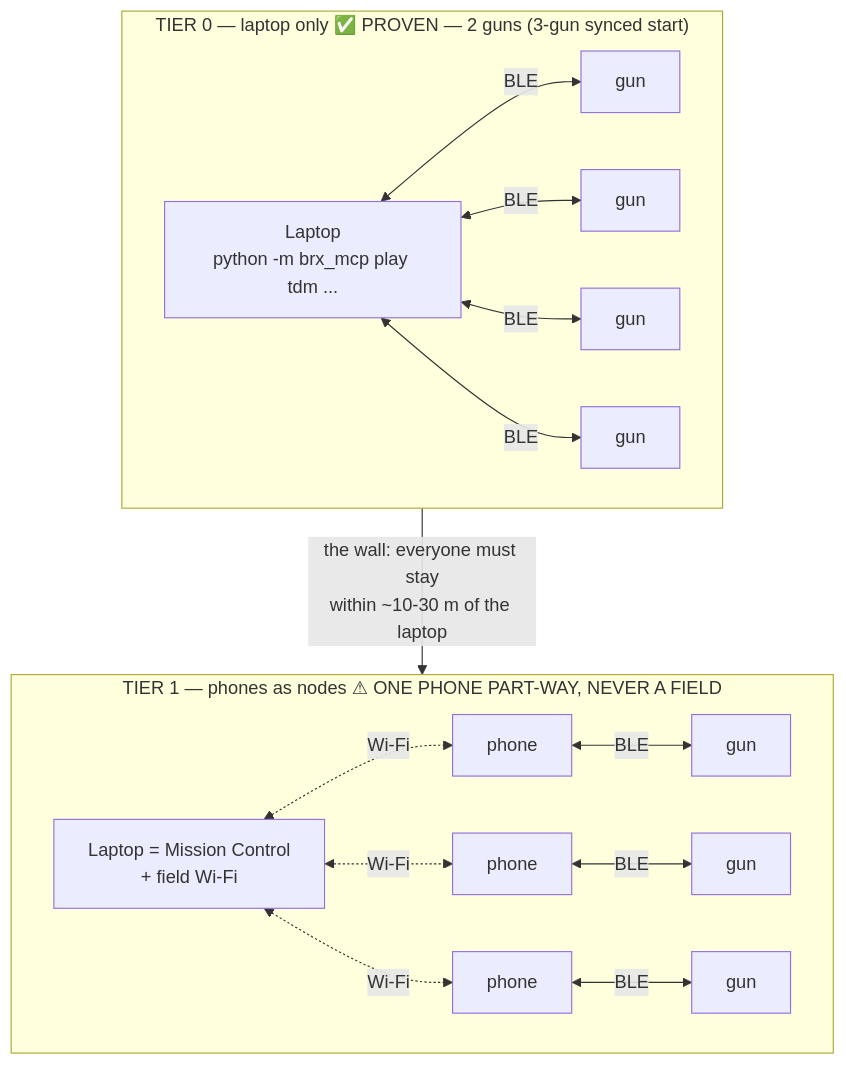
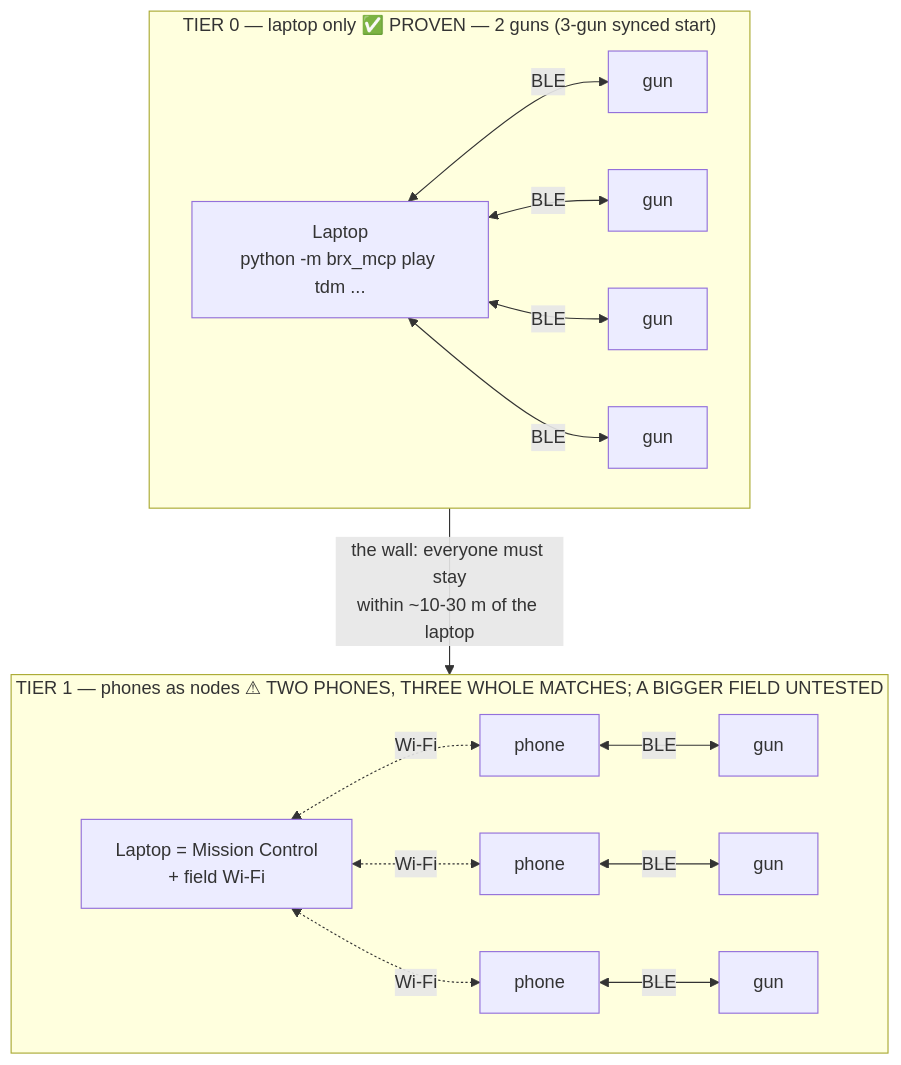
One commit to tony99nyr/open-brx changed the third of 5 diagrams in docs/architecture-topology.md. Above: the diagram before and after it, drawn with Mermaid. The commit also changed other lines of this file and 1 other file, not shown here.

````diff
--- a/docs/architecture-topology.md
+++ b/docs/architecture-topology.md
@@ -129,32 +160,32 @@
 ```mermaid
 flowchart TB
   subgraph T0["TIER 0 — laptop only ✅ PROVEN — 2 guns (3-gun synced start)"]
     direction LR
     L0["Laptop<br/>python -m brx_mcp play tdm ..."]
     g1["gun"]
     g2["gun"]
     g3["gun"]
     g4["gun"]
     L0 <-->|BLE| g1
     L0 <-->|BLE| g2
     L0 <-->|BLE| g3
     L0 <-->|BLE| g4
   end
-  subgraph T1["TIER 1 — phones as nodes ⚠ ONE PHONE PART-WAY, NEVER A FIELD"]
+  subgraph T1["TIER 1 — phones as nodes ⚠ TWO PHONES, THREE WHOLE MATCHES; A BIGGER FIELD UNTESTED"]
     direction LR
     L1["Laptop = Mission Control<br/>+ field Wi-Fi"]
     p1["phone"]
     p2["phone"]
     p3["phone"]
     q1["gun"]
     q2["gun"]
     q3["gun"]
     L1 <-.->|Wi-Fi| p1
     L1 <-.->|Wi-Fi| p2
     L1 <-.->|Wi-Fi| p3
     p1 <-->|BLE| q1
     p2 <-->|BLE| q2
     p3 <-->|BLE| q3
   end
   T0 -->|"the wall: everyone must stay<br/>within ~10-30 m of the laptop"| T1
 ```
````
